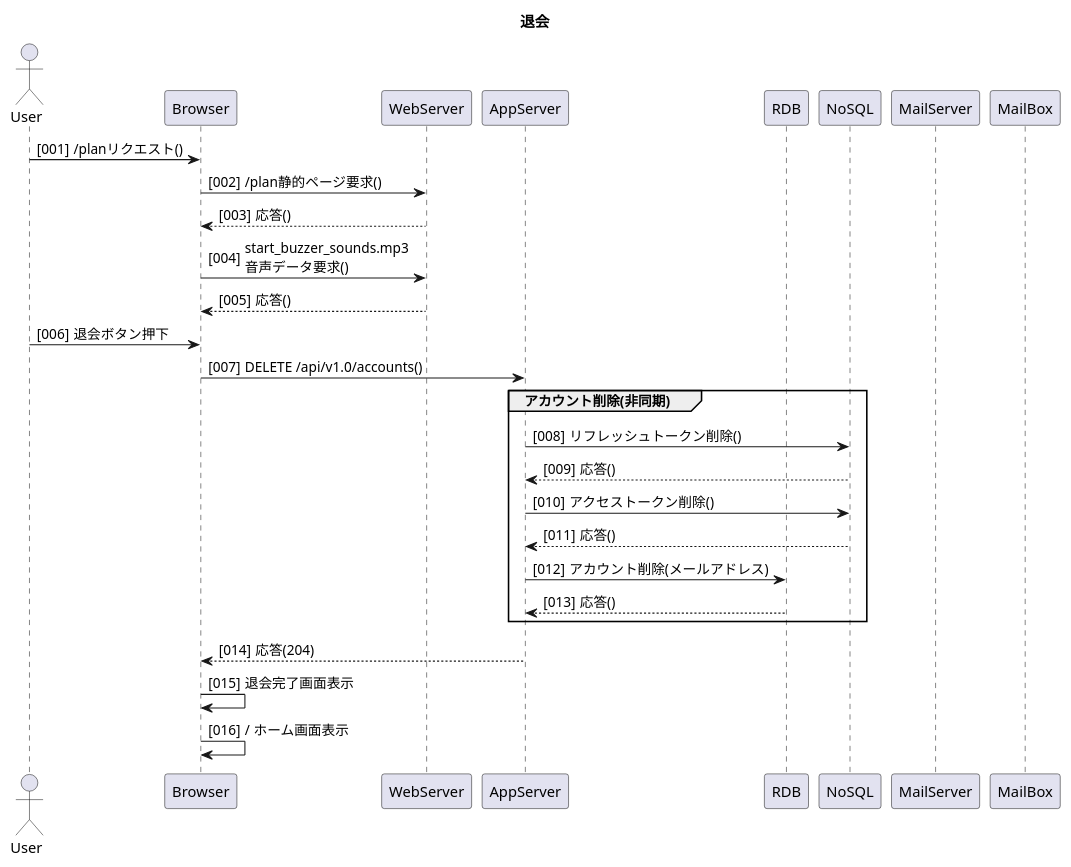
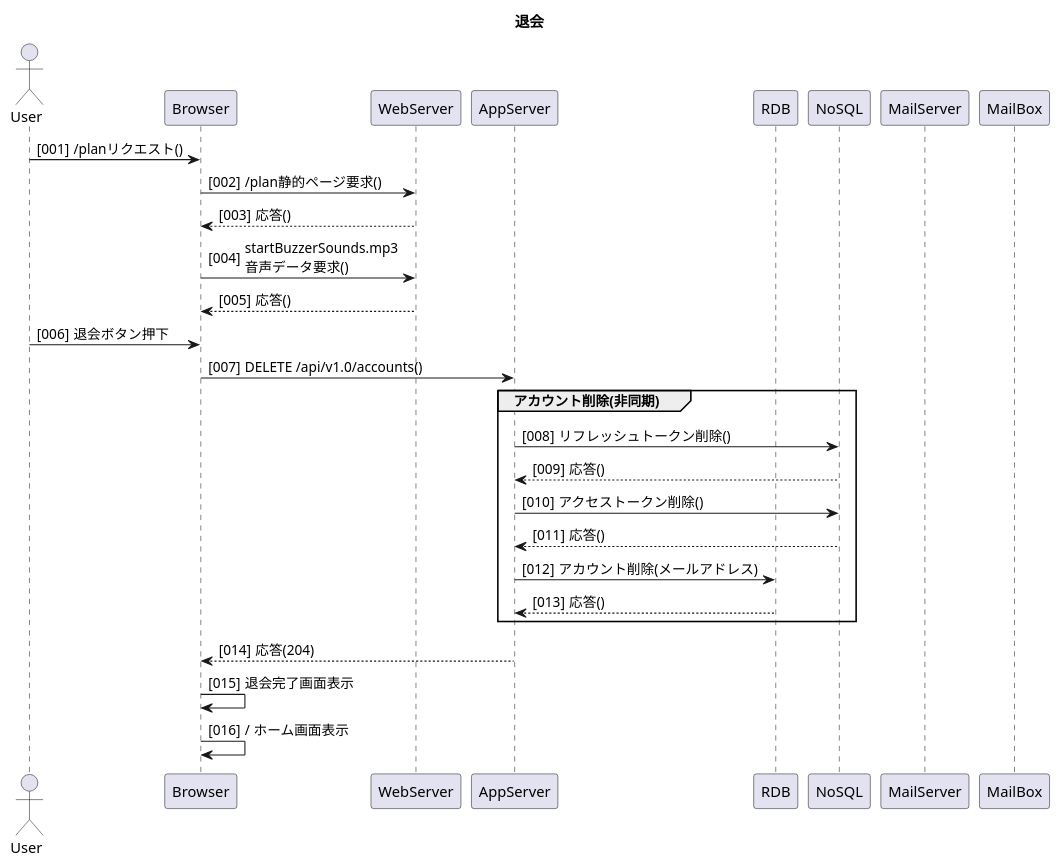
Before and after one commit to TAKAHIRO-03/GoodHabits_doc: the diagram in 04_FD/quit.pu, drawn with PlantUML. The commit also changed 2 other files, not shown here.

```diff
--- a/04_FD/quit.pu
+++ b/04_FD/quit.pu
@@ -1,37 +1,37 @@
 @startuml 退会
 autonumber "[000]"
 title 退会
 
 actor User
 participant Browser
 participant WebServer
 participant AppServer
 participant RDB
 participant NoSQL
 participant MailServer
 participant MailBox
 !pragma teoz true
 
 User -> Browser: /planリクエスト()
 Browser -> WebServer: /plan静的ページ要求()
 WebServer --> Browser: 応答()
-Browser -> WebServer: start_buzzer_sounds.mp3\n音声データ要求()
+Browser -> WebServer: startBuzzerSounds.mp3\n音声データ要求()
 WebServer --> Browser: 応答()
 
 User -> Browser: 退会ボタン押下
 Browser -> AppServer: DELETE /api/v1.0/accounts()
 
 group アカウント削除(非同期)
   AppServer -> NoSQL: リフレッシュトークン削除()
   NoSQL --> AppServer: 応答()
   AppServer -> NoSQL: アクセストークン削除()
   NoSQL --> AppServer: 応答()
   AppServer -> RDB: アカウント削除(メールアドレス)
   RDB --> AppServer: 応答()
 end
 
 AppServer --> Browser: 応答(204)
 Browser -> Browser: 退会完了画面表示
 Browser -> Browser: / ホーム画面表示
 
 @enduml
```
